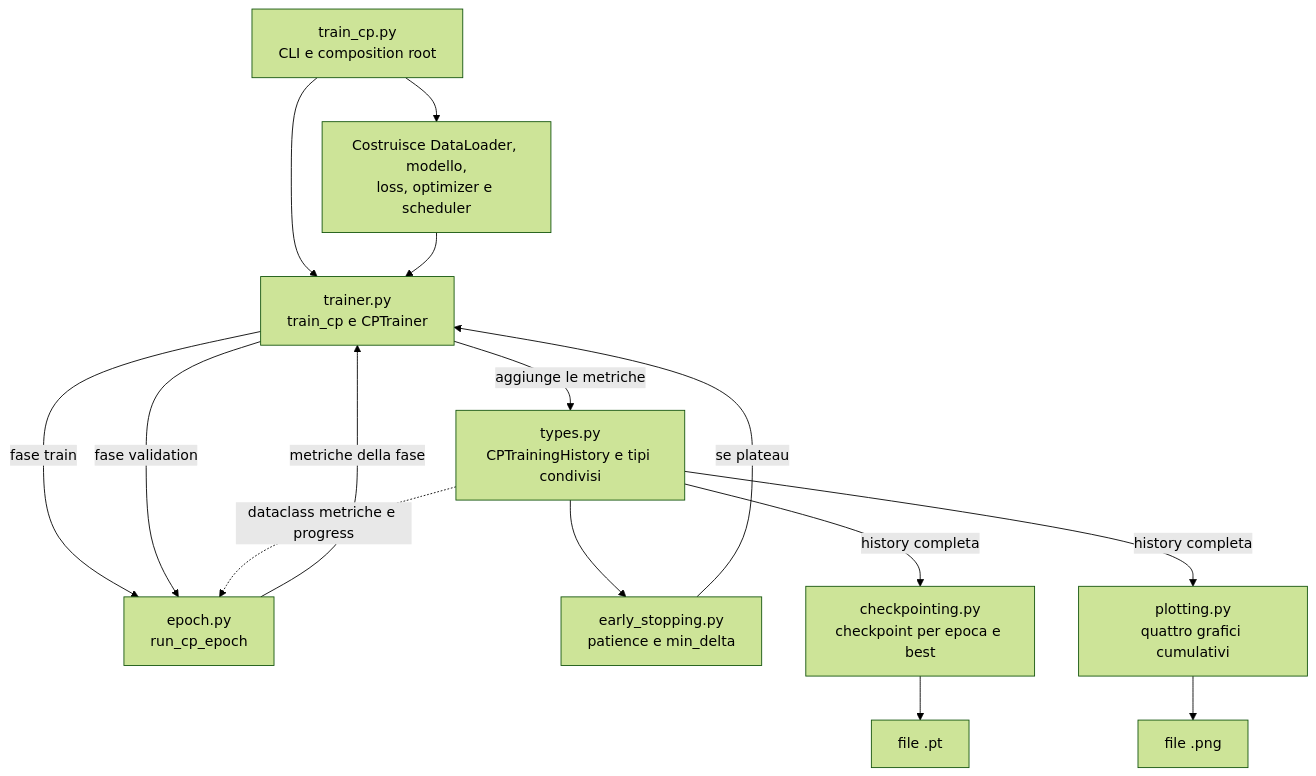
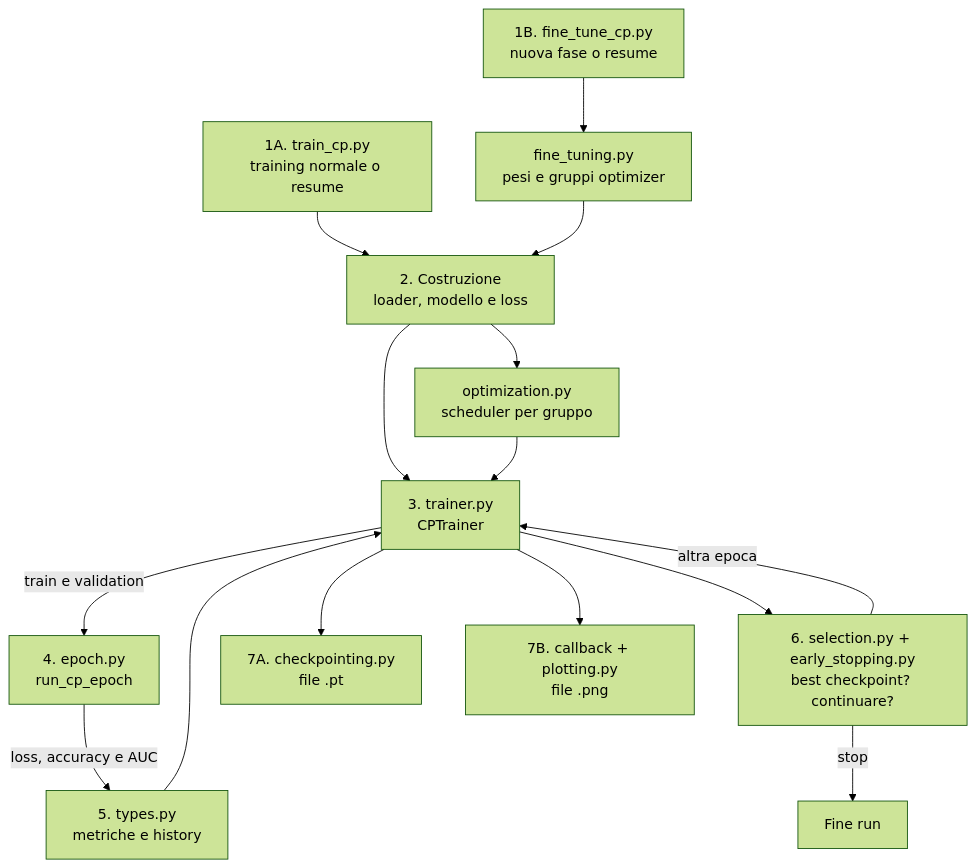
The second of 2 diagrams in training/cp/README.md (FlorindoDev/OutfitTransformer), drawn with Mermaid (forest theme) before and after one commit. The commit also changed other lines of this file and 1 other file, not shown here.

Commit message:
docs(training): expand CP training guide

````diff
--- a/training/cp/README.md
+++ b/training/cp/README.md
@@ -431,21 +483,21 @@
 ```mermaid
 flowchart TD
-    CLI["train_cp.py<br/>CLI e composition root"] --> BUILD["Costruisce DataLoader, modello,<br/>loss, optimizer e scheduler"]
-    CLI --> TRAINER["trainer.py<br/>train_cp e CPTrainer"]
-    BUILD --> TRAINER
+    NORMAL["1A. train_cp.py<br/>training normale o resume"] --> SETUP["2. Costruzione<br/>loader, modello e loss"]
+    FINE["1B. fine_tune_cp.py<br/>nuova fase o resume"] --> FT["fine_tuning.py<br/>pesi e gruppi optimizer"]
+    FT --> SETUP
 
-    TRAINER -->|fase train| EPOCH["epoch.py<br/>run_cp_epoch"]
-    TRAINER -->|fase validation| EPOCH
-    EPOCH -->|metriche della fase| TRAINER
+    SETUP --> OPT["optimization.py<br/>scheduler per gruppo"]
+    SETUP --> TRAINER["3. trainer.py<br/>CPTrainer"]
+    OPT --> TRAINER
 
-    TRAINER -->|aggiunge le metriche| TYPES["types.py<br/>CPTrainingHistory e tipi condivisi"]
-    TYPES --> EARLY["early_stopping.py<br/>patience e min_delta"]
-    EARLY -->|se plateau| TRAINER
-    TYPES -->|history completa| CHECKPOINT["checkpointing.py<br/>checkpoint per epoca e best"]
-    TYPES -->|history completa| PLOT["plotting.py<br/>quattro grafici cumulativi"]
+    TRAINER -->|train e validation| EPOCH["4. epoch.py<br/>run_cp_epoch"]
+    EPOCH -->|loss, accuracy e AUC| STATE["5. types.py<br/>metriche e history"]
+    STATE --> TRAINER
 
-    CHECKPOINT --> PT["file .pt"]
-    PLOT --> PNG["file .png"]
+    TRAINER --> DECISION["6. selection.py + early_stopping.py<br/>best checkpoint? continuare?"]
+    TRAINER --> CHECKPOINT["7A. checkpointing.py<br/>file .pt"]
+    TRAINER --> PLOT["7B. callback + plotting.py<br/>file .png"]
 
-    TYPES -.->|dataclass metriche e progress| EPOCH
+    DECISION -->|altra epoca| TRAINER
+    DECISION -->|stop| END["Fine run"]
 ```
````
